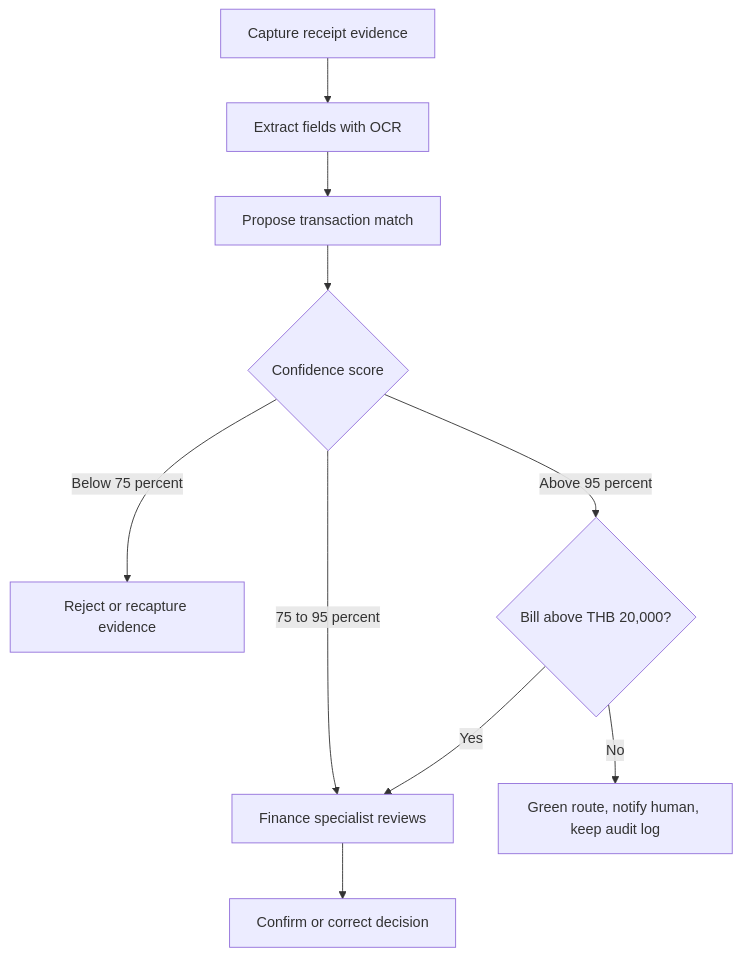
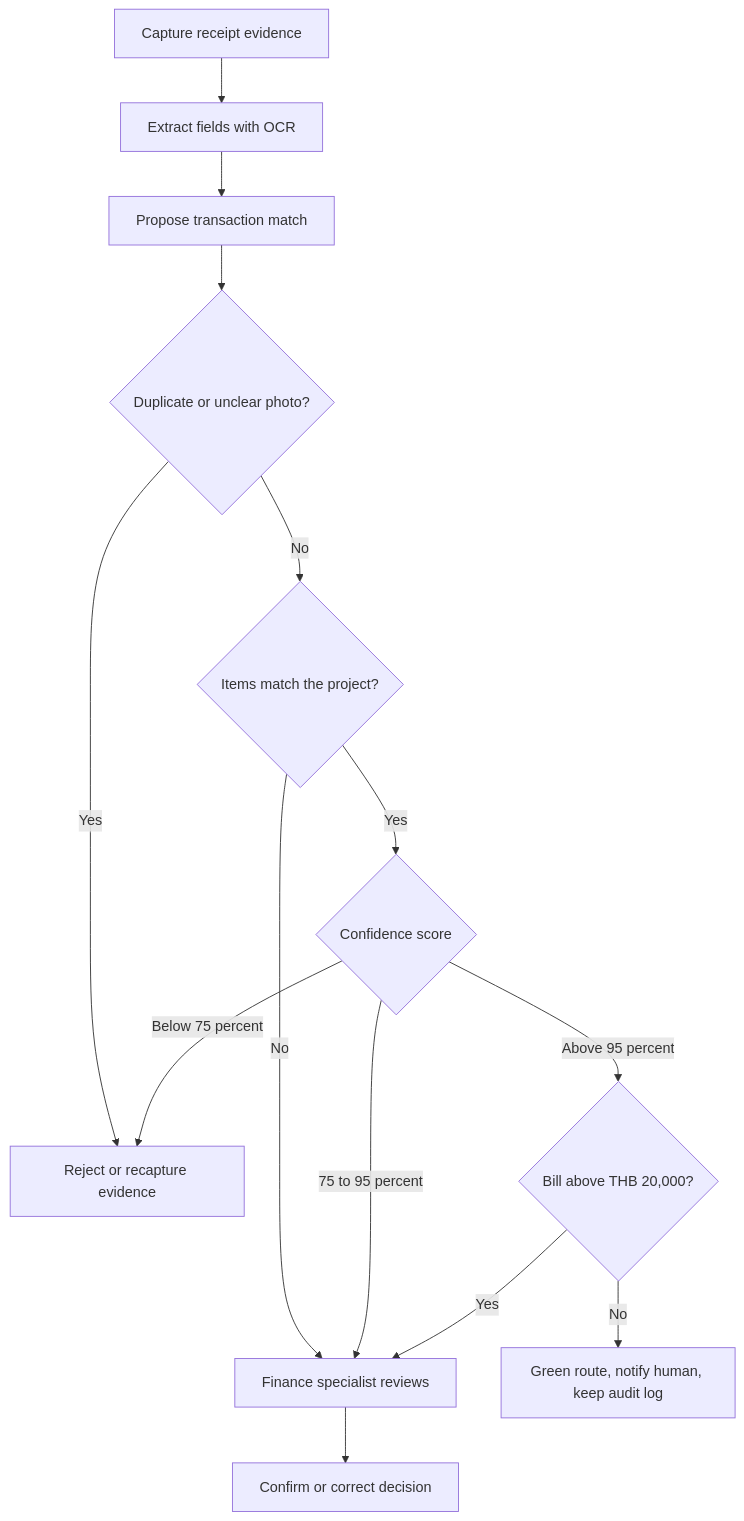
Before and after one commit to SittanBon/SittanBon: the second of 7 diagrams in WORKFLOWS.md, drawn with Mermaid. The commit also changed other lines of this file and 1 other file, not shown here.

Commit message:
Update profile: current results, new projects, cleaner formatting
- GenAI rollout figure now matches CV (about four weeks to 1.5 weeks)
- Add Bierpreis as a live product and the WBS lead-intelligence project
- Expand expense routing and QR Event results
- Replace dot separators with pipes

Claude-Session: https://claude.ai/code/session_0178pN3YWqPESj9gwzGGnmko

````diff
--- a/WORKFLOWS.md
+++ b/WORKFLOWS.md
@@ -28,12 +28,16 @@
 ```mermaid
 flowchart TD
     A[Capture receipt evidence] --> B[Extract fields with OCR]
     B --> C[Propose transaction match]
-    C --> D{Confidence score}
-    D -->|Below 75 percent| E[Reject or recapture evidence]
+    C --> X{Duplicate or unclear photo?}
+    X -->|Yes| E[Reject or recapture evidence]
+    X -->|No| Y{Items match the project?}
+    Y -->|No| F
+    Y -->|Yes| D{Confidence score}
+    D -->|Below 75 percent| E
     D -->|75 to 95 percent| F[Finance specialist reviews]
     D -->|Above 95 percent| G{Bill above THB 20,000?}
     G -->|Yes| F
     G -->|No| H[Green route, notify human, keep audit log]
     F --> I[Confirm or correct decision]
 ```
````
